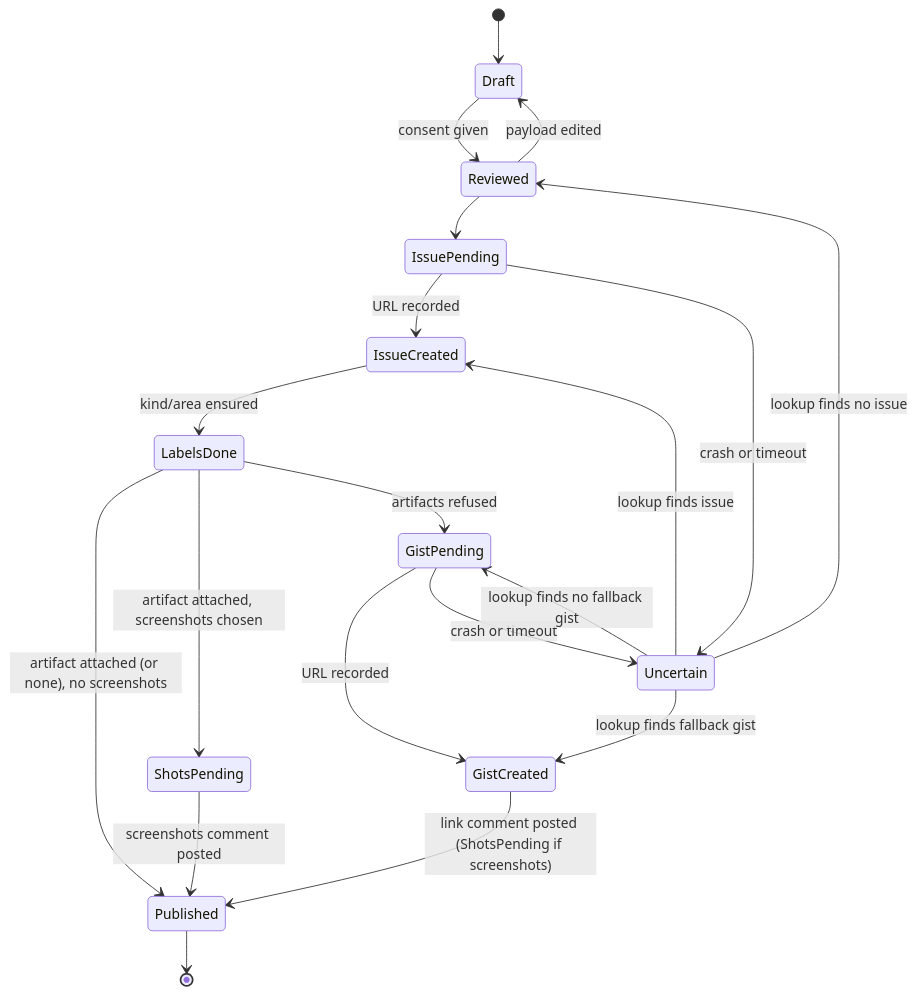
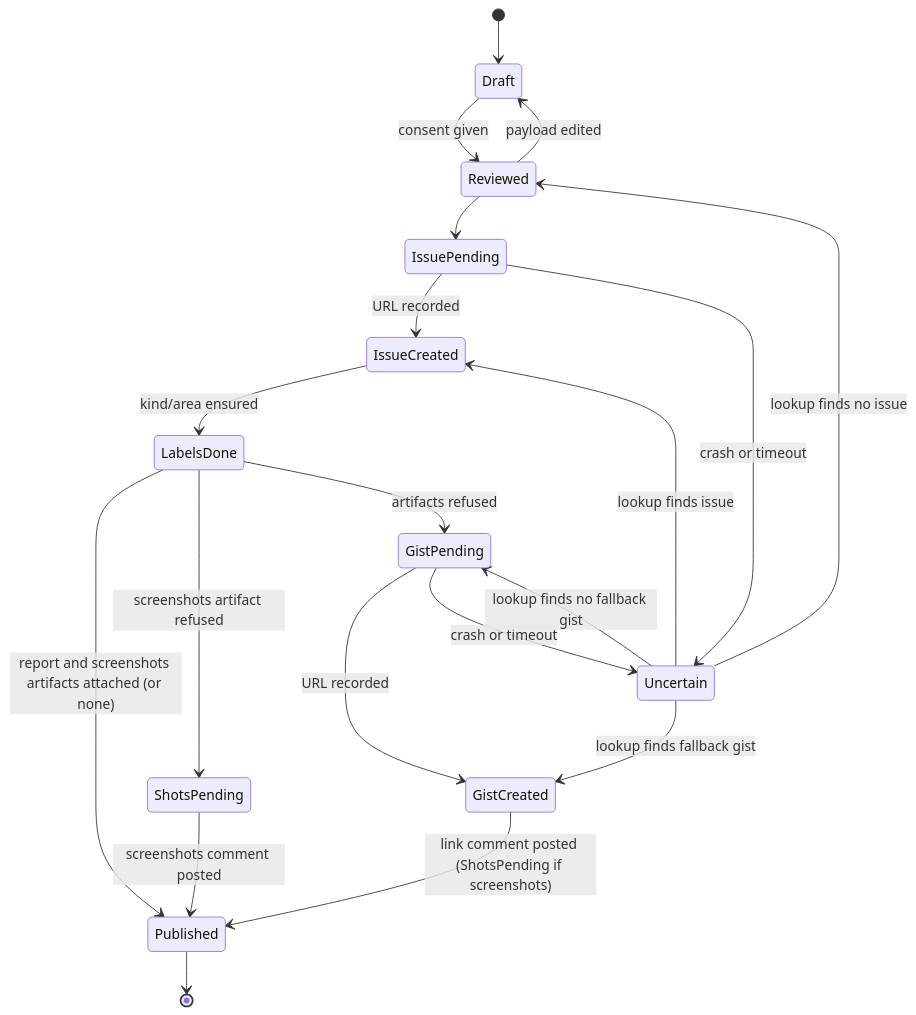
The diagram in systemd-report-design-plan.md (Karibhou/bluefin-report), drawn with Mermaid before and after one commit. The commit also changed other lines of this file and 4 other files, not shown here.

First line of the commit message:
feat(publish): attach screenshots to the issue as an artifact (#61)

````diff
--- a/systemd-report-design-plan.md
+++ b/systemd-report-design-plan.md
@@ -192,22 +192,22 @@
 ```mermaid
 stateDiagram-v2
     [*] --> Draft
     Draft --> Reviewed: consent given
     Reviewed --> Draft: payload edited
     Reviewed --> IssuePending
     IssuePending --> IssueCreated: URL recorded
     IssuePending --> Uncertain: crash or timeout
     IssueCreated --> LabelsDone: kind/area ensured
-    LabelsDone --> Published: artifact attached (or none), no screenshots
-    LabelsDone --> ShotsPending: artifact attached, screenshots chosen
+    LabelsDone --> Published: report and screenshots artifacts attached (or none)
+    LabelsDone --> ShotsPending: screenshots artifact refused
     ShotsPending --> Published: screenshots comment posted
     LabelsDone --> GistPending: artifacts refused
     GistPending --> GistCreated: URL recorded
     GistPending --> Uncertain: crash or timeout
     GistCreated --> Published: link comment posted (ShotsPending if screenshots)
     Uncertain --> IssueCreated: lookup finds issue
     Uncertain --> Reviewed: lookup finds no issue
     Uncertain --> GistCreated: lookup finds fallback gist
     Uncertain --> GistPending: lookup finds no fallback gist
     Published --> [*]
 ```
````
